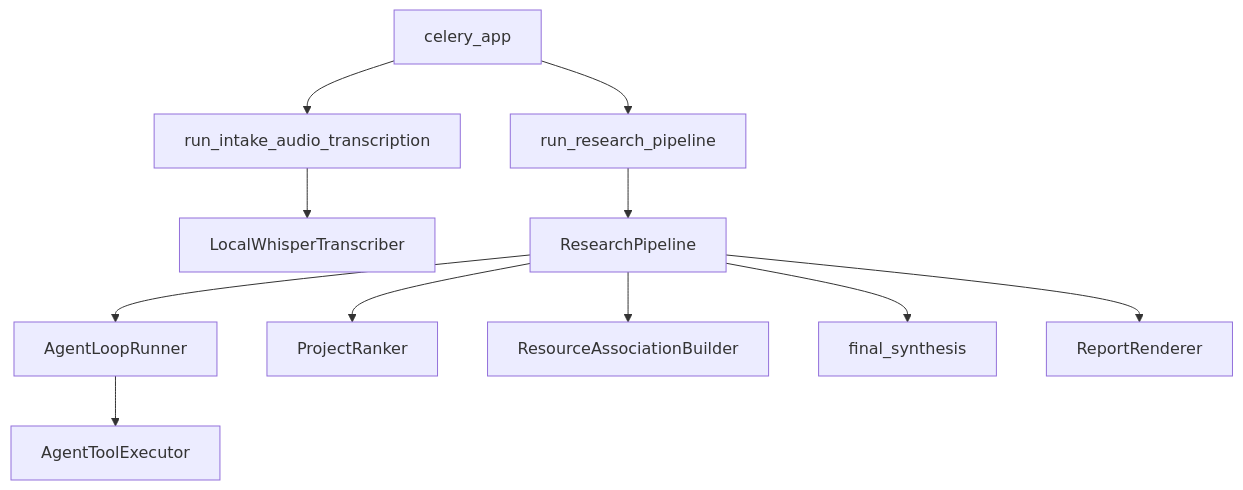
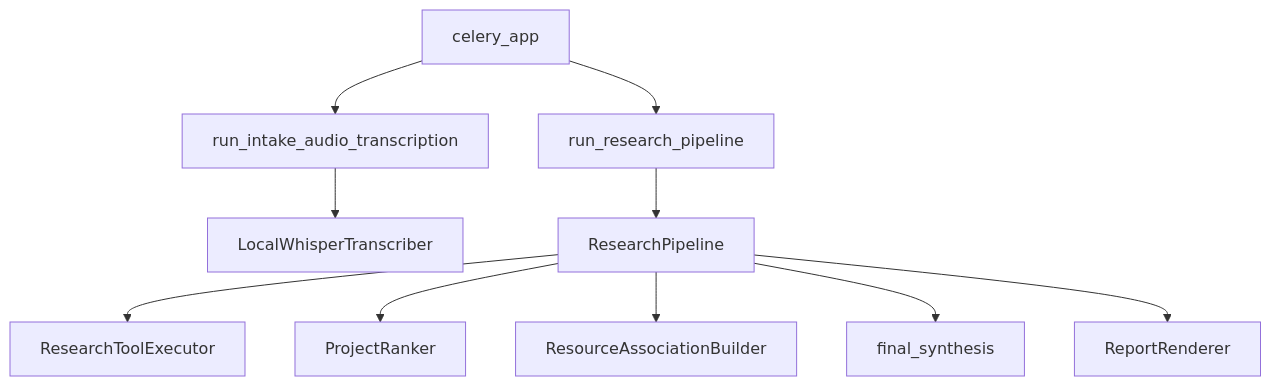
The sixth of 15 diagrams in README.md (41423577arc-lab/RA), drawn with Mermaid before and after one commit. The commit also changed other lines of this file and 73 other files, not shown here.

````diff
--- a/README.md
+++ b/README.md
@@ -165,13 +165,12 @@
 ```mermaid
 flowchart TD
     Celery["celery_app"] --> AudioTask["run_intake_audio_transcription"]
     Celery --> PipelineTask["run_research_pipeline"]
     AudioTask --> Whisper["LocalWhisperTranscriber"]
     PipelineTask --> Pipeline["ResearchPipeline"]
-    Pipeline --> Loop["AgentLoopRunner"]
-    Loop --> Tools["AgentToolExecutor"]
+    Pipeline --> Tools["ResearchToolExecutor"]
     Pipeline --> Ranker["ProjectRanker"]
     Pipeline --> Association["ResourceAssociationBuilder"]
     Pipeline --> Synthesis["final_synthesis"]
     Pipeline --> Renderer["ReportRenderer"]
 ```
````
